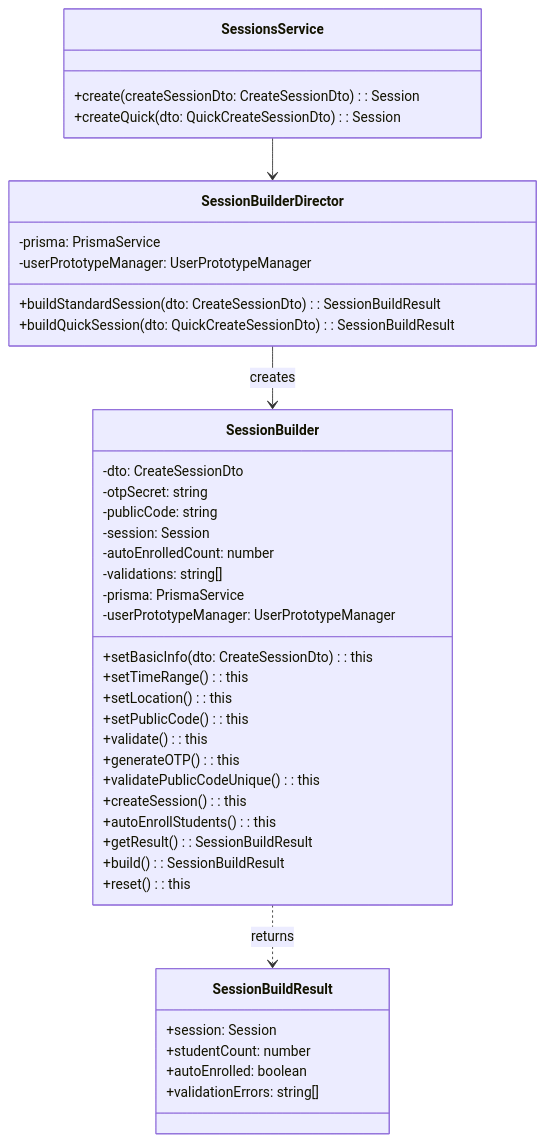
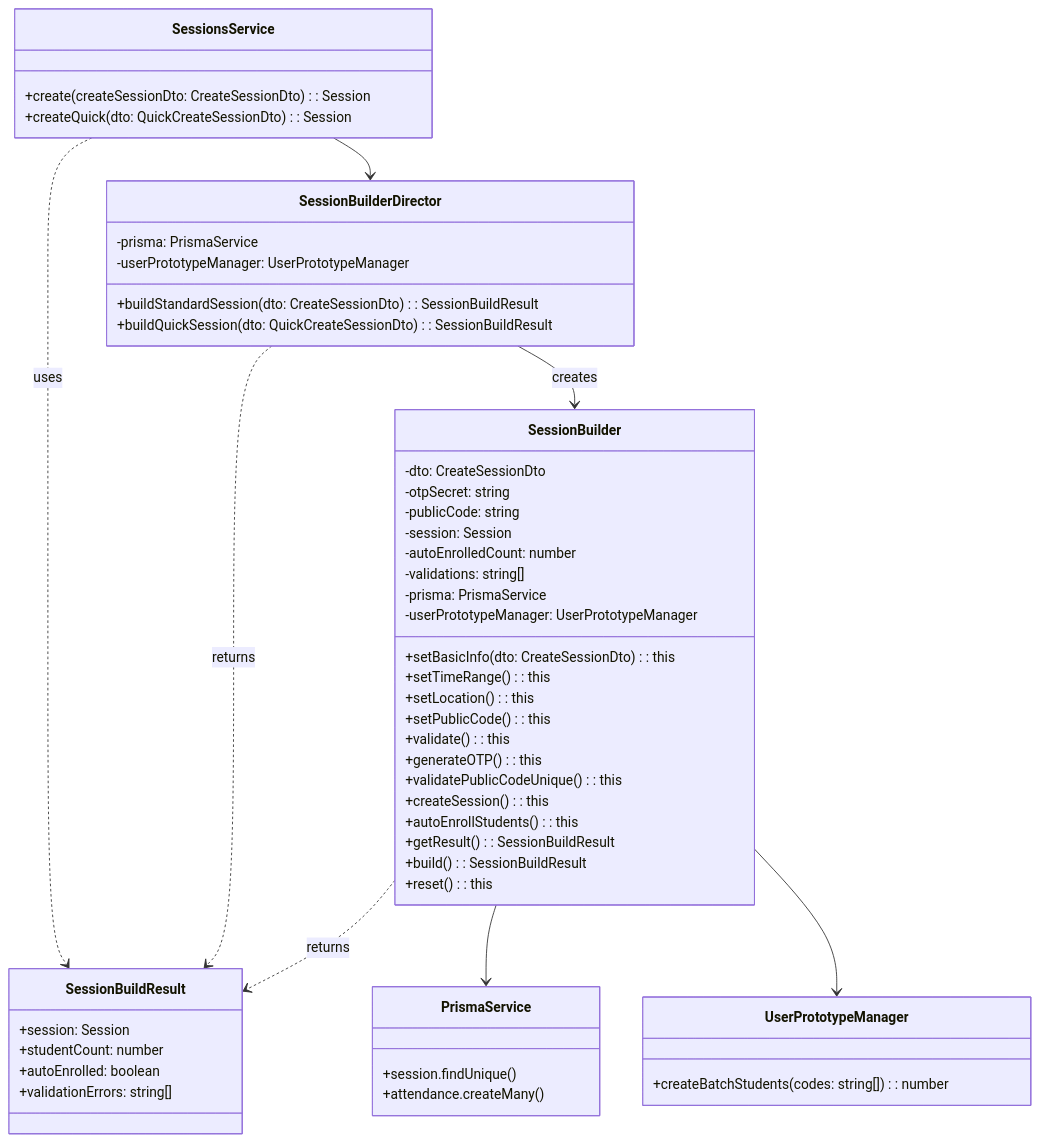
Before and after one commit to iannwendy/QRAttendanceCheckin: the diagram in docs/DesignPatterns/04-BUILDER.md, drawn with Mermaid. The commit also changed 8 other files, not shown here.

First line of the commit message:
fix: correct classDiagram syntax and relationships across all 9 Design Pattern docs

````diff
--- a/docs/DesignPatterns/04-BUILDER.md
+++ b/docs/DesignPatterns/04-BUILDER.md
@@ -446,49 +446,61 @@
 ```mermaid
 classDiagram
     class SessionBuilder {
         -dto: CreateSessionDto
         -otpSecret: string
         -publicCode: string
         -session: Session
         -autoEnrolledCount: number
         -validations: string[]
         -prisma: PrismaService
         -userPrototypeManager: UserPrototypeManager
         +setBasicInfo(dto: CreateSessionDto): this
         +setTimeRange(): this
         +setLocation(): this
         +setPublicCode(): this
         +validate(): this
         +generateOTP(): this
         +validatePublicCodeUnique(): this
         +createSession(): this
         +autoEnrollStudents(): this
         +getResult(): SessionBuildResult
         +build(): SessionBuildResult
         +reset(): this
     }
 
     class SessionBuilderDirector {
         -prisma: PrismaService
         -userPrototypeManager: UserPrototypeManager
         +buildStandardSession(dto: CreateSessionDto): SessionBuildResult
         +buildQuickSession(dto: QuickCreateSessionDto): SessionBuildResult
     }
 
     class SessionsService {
         +create(createSessionDto: CreateSessionDto): Session
         +createQuick(dto: QuickCreateSessionDto): Session
     }
 
-    SessionsService --> SessionBuilderDirector
-    SessionBuilderDirector --> SessionBuilder : creates
-
     class SessionBuildResult {
         +session: Session
         +studentCount: number
         +autoEnrolled: boolean
         +validationErrors: string[]
     }
 
+    class PrismaService {
+        +session.findUnique()
+        +attendance.createMany()
+    }
+
+    class UserPrototypeManager {
+        +createBatchStudents(codes: string[]): number
+    }
+
+    SessionsService --> SessionBuilderDirector
+    SessionsService ..> SessionBuildResult : uses
+    SessionBuilderDirector --> SessionBuilder : creates
+    SessionBuilderDirector ..> SessionBuildResult : returns
     SessionBuilder ..> SessionBuildResult : returns
+    SessionBuilder --> PrismaService
+    SessionBuilder --> UserPrototypeManager
 ```
````
